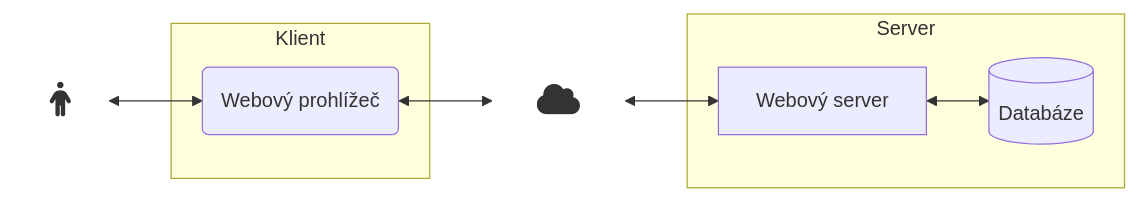
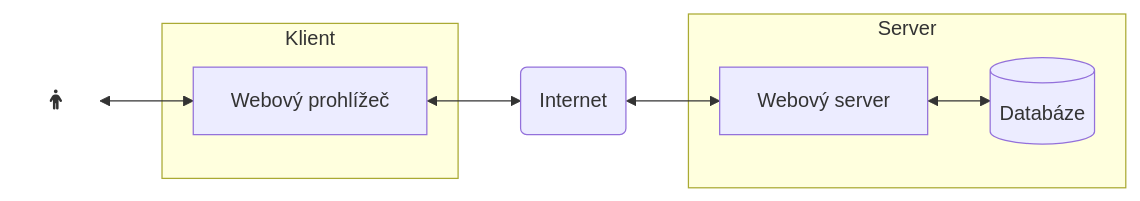
The diagram in _sources/0_introduction/01_overview.md (kf-ga/kf-ga.github.io), drawn with Mermaid before and after one commit. The commit also changed 10 other files, not shown here.

````diff
--- a/_sources/0_introduction/01_overview.md
+++ b/_sources/0_introduction/01_overview.md
@@ -26,18 +26,17 @@
 ```{mermaid}
 graph LR
-    A[fa:fa-male]:::NB <--> B(Webový prohlížeč)
-    B <--> C{fa:fa-cloud}:::NB
+    A[fa:fa-male]:::NB <--> B[Webový prohlížeč]
+    B <--> C(Internet)
     C <--> D[Webový server]
     D <--> E[(Databáze)]
 
-   
-    classDef NB fill:none,stroke-width:0,font-size:1.2em
-    
     subgraph Klient
         B
     end
     subgraph Server
         D
         E
     end
+
+    classDef NB fill:none,stroke-width:0,font-size:1em
 ```
````
